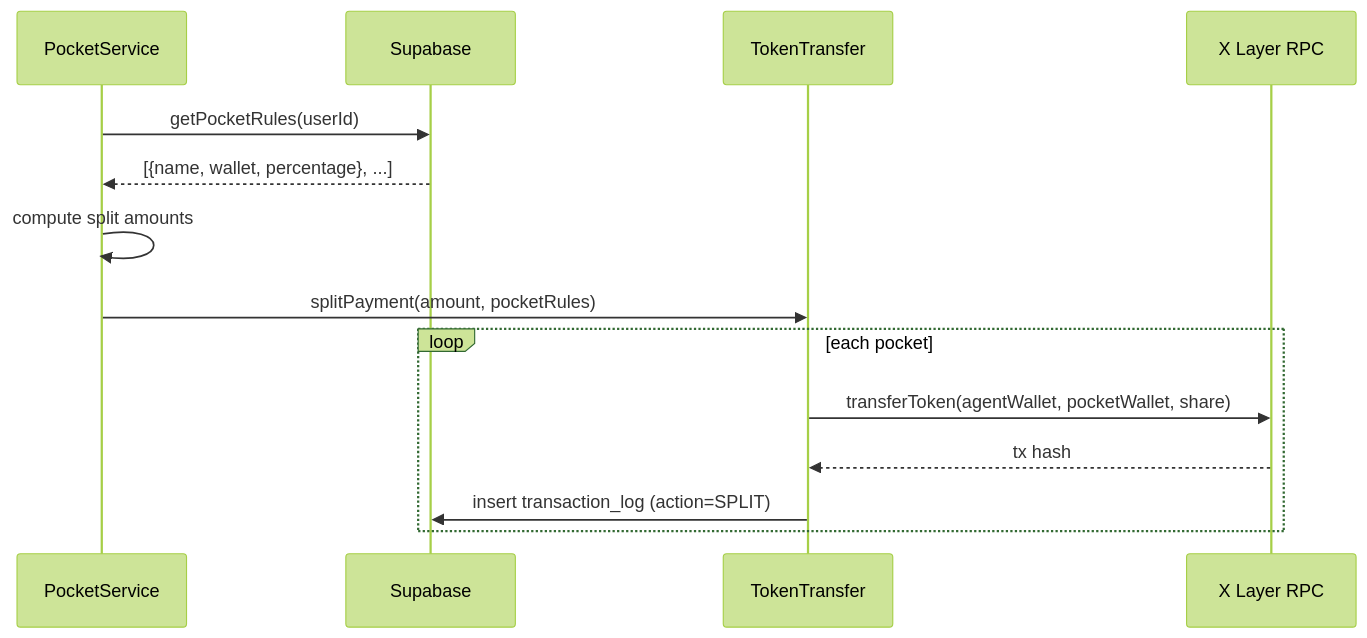
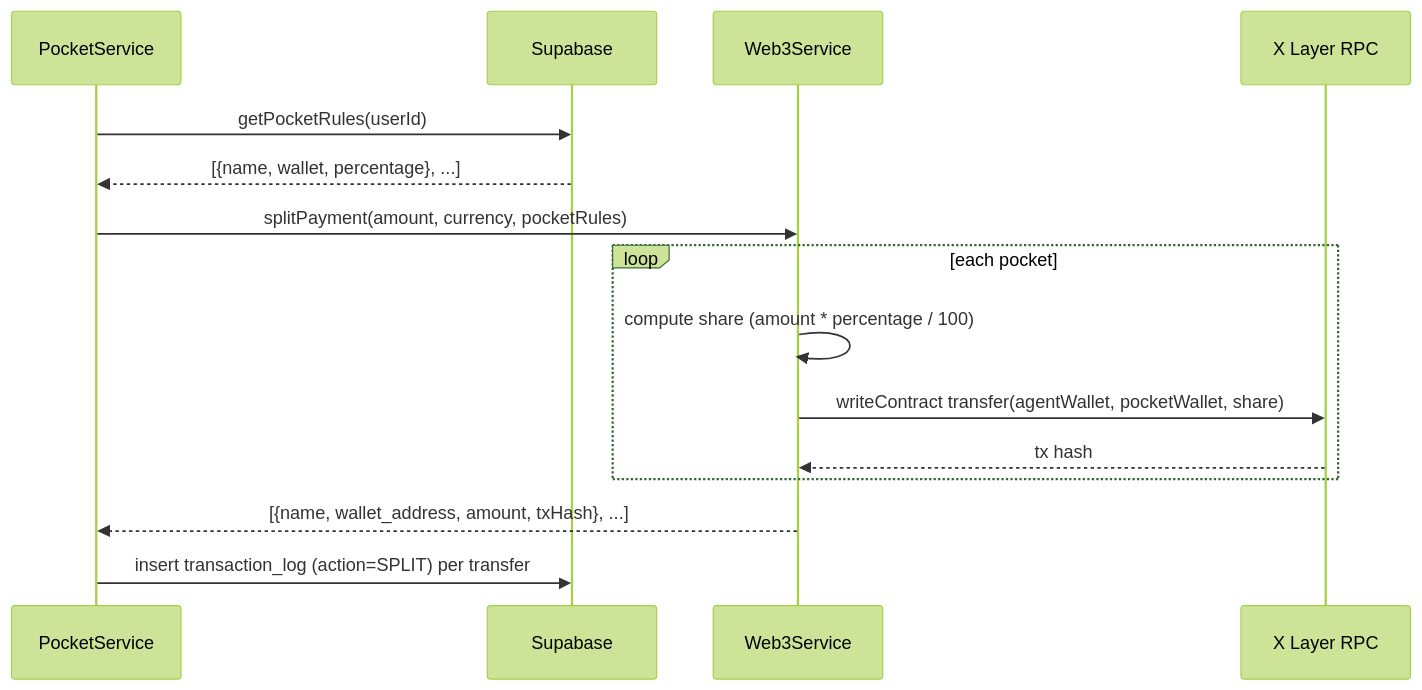
The fourth of 5 diagrams in solofi-apps/ARCHITECTURE.md (secondioprawiro/SoloFi-CFO), drawn with Mermaid (forest theme) before and after one commit. The commit also changed other lines of this file and 50 other files, not shown here.

````diff
--- a/solofi-apps/ARCHITECTURE.md
+++ b/solofi-apps/ARCHITECTURE.md
@@ -76,17 +80,18 @@
 ```mermaid
 sequenceDiagram
     participant P as PocketService
     participant D as Supabase
-    participant T as TokenTransfer
+    participant W as Web3Service
     participant X as X Layer RPC
 
     P->>D: getPocketRules(userId)
     D-->>P: [{name, wallet, percentage}, ...]
-    P->>P: compute split amounts
-    P->>T: splitPayment(amount, pocketRules)
+    P->>W: splitPayment(amount, currency, pocketRules)
     loop each pocket
-        T->>X: transferToken(agentWallet, pocketWallet, share)
-        X-->>T: tx hash
-        T->>D: insert transaction_log (action=SPLIT)
+        W->>W: compute share (amount * percentage / 100)
+        W->>X: writeContract transfer(agentWallet, pocketWallet, share)
+        X-->>W: tx hash
     end
+    W-->>P: [{name, wallet_address, amount, txHash}, ...]
+    P->>D: insert transaction_log (action=SPLIT) per transfer
 ```
````
